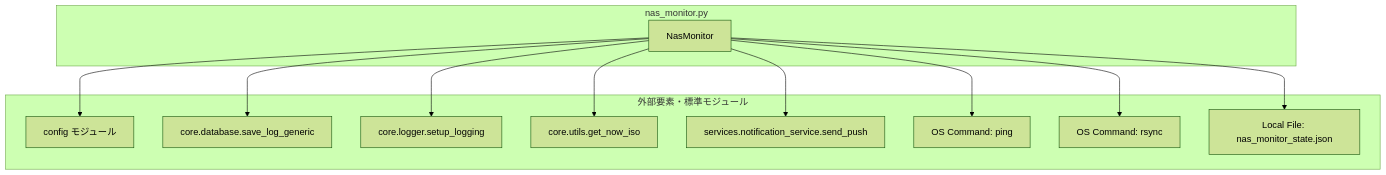
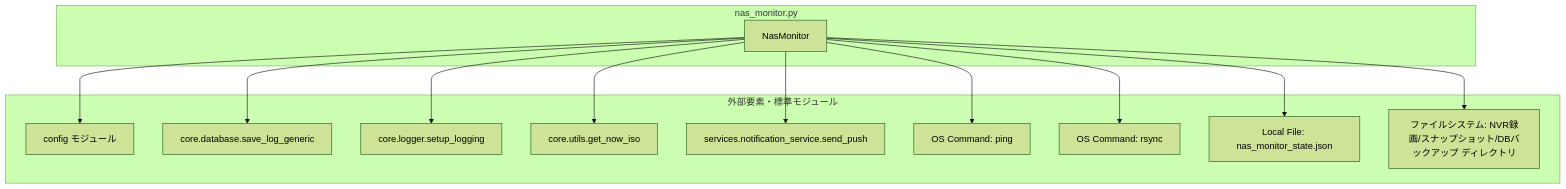
Before and after one commit to mmtigers/my_python_project: the second of 2 diagrams in docs/specifications/MY_HOME_SYSTEM/nas_monitor.md, drawn with Mermaid (forest theme). The commit also changed other lines of this file and 47 other files, not shown here.

````diff
--- a/docs/specifications/MY_HOME_SYSTEM/nas_monitor.md
+++ b/docs/specifications/MY_HOME_SYSTEM/nas_monitor.md
@@ -362,27 +416,29 @@
 ```mermaid
 flowchart TD
     subgraph SubNasMonitor["nas_monitor.py"]
         NasMonitor["NasMonitor"]
     end
 
     subgraph SubExternal["外部要素・標準モジュール"]
         config["config モジュール"]
         db["core.database.save_log_generic"]
         logger["core.logger.setup_logging"]
         utils["core.utils.get_now_iso"]
         push["services.notification_service.send_push"]
         pingCmd["OS Command: ping"]
         rsyncCmd["OS Command: rsync"]
         stateFile["Local File: nas_monitor_state.json"]
+        retentionDirs["ファイルシステム: NVR録画/スナップショット/DBバックアップ ディレクトリ"]
     end
 
     NasMonitor --> config
     NasMonitor --> db
     NasMonitor --> logger
     NasMonitor --> utils
     NasMonitor --> push
     NasMonitor --> pingCmd
     NasMonitor --> rsyncCmd
     NasMonitor --> stateFile
+    NasMonitor --> retentionDirs
 
 ```
````
